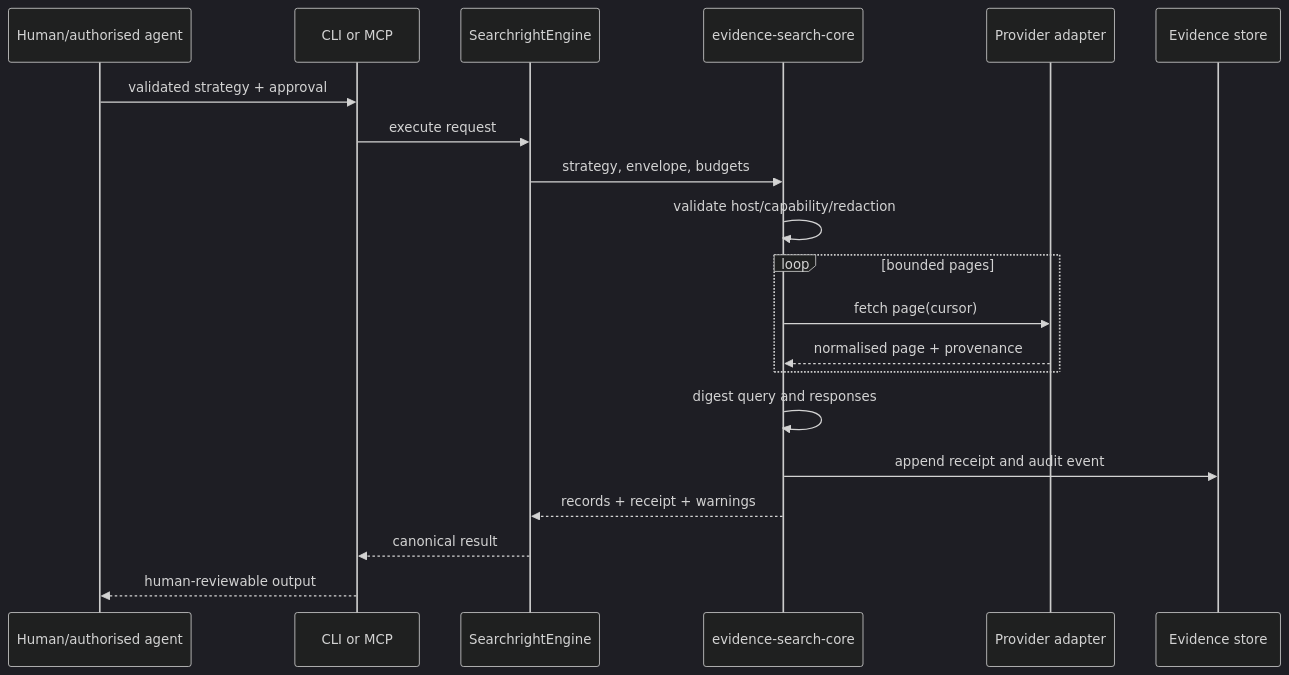
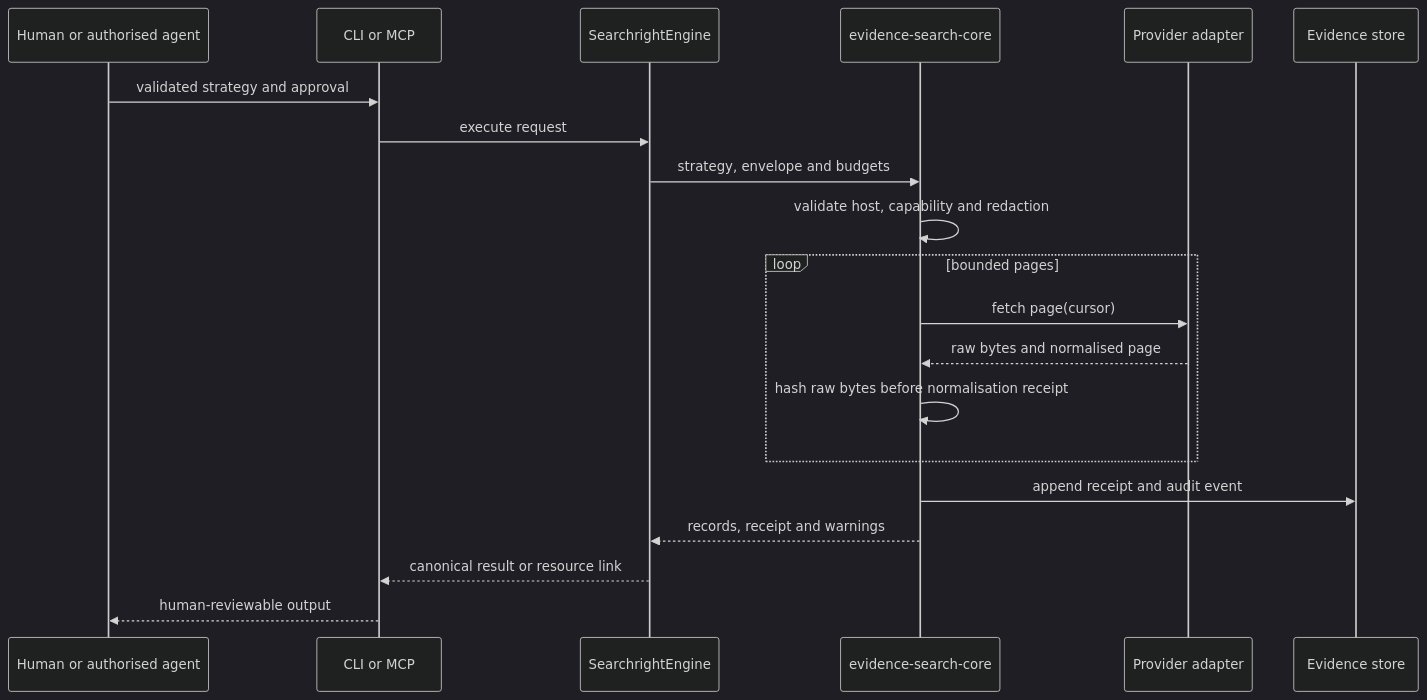
The third of 4 diagrams in docs/architecture.md (edithatogo/searchright), drawn with Mermaid (dark theme) before and after one commit. The commit also changed other lines of this file and 451 other files, not shown here.

````diff
--- a/docs/architecture.md
+++ b/docs/architecture.md
@@ -156,22 +162,22 @@
 ```mermaid
 sequenceDiagram
-  participant H as Human/authorised agent
+  participant H as Human or authorised agent
   participant I as CLI or MCP
   participant E as SearchrightEngine
   participant C as evidence-search-core
   participant P as Provider adapter
   participant S as Evidence store
-  H->>I: validated strategy + approval
+  H->>I: validated strategy and approval
   I->>E: execute request
-  E->>C: strategy, envelope, budgets
-  C->>C: validate host/capability/redaction
+  E->>C: strategy, envelope and budgets
+  C->>C: validate host, capability and redaction
   loop bounded pages
     C->>P: fetch page(cursor)
-    P-->>C: normalised page + provenance
+    P-->>C: raw bytes and normalised page
+    C->>C: hash raw bytes before normalisation receipt
   end
-  C->>C: digest query and responses
   C->>S: append receipt and audit event
-  C-->>E: records + receipt + warnings
-  E-->>I: canonical result
+  C-->>E: records, receipt and warnings
+  E-->>I: canonical result or resource link
   I-->>H: human-reviewable output
 ```
````
